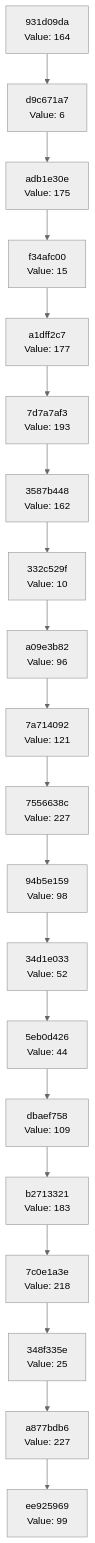
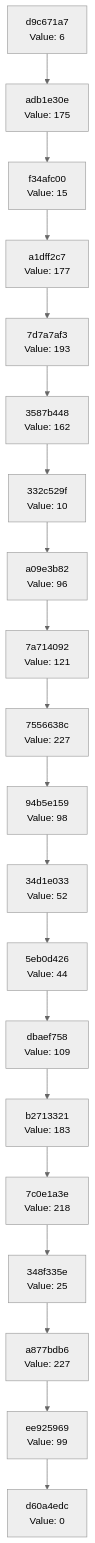
Before and after one commit to Abhisheksinha1506/hash-chain-evolver: the diagram in docs/CHAIN_VISUALIZATION.md, drawn with Mermaid (neutral theme). The commit also changed 3 other files, not shown here.

````diff
--- a/docs/CHAIN_VISUALIZATION.md
+++ b/docs/CHAIN_VISUALIZATION.md
@@ -3,42 +3,42 @@
 ```mermaid
 graph TD
-    C0["ee925969<br/>Value: 99"]
-    C1["a877bdb6<br/>Value: 227"]
+    C0["d60a4edc<br/>Value: 0"]
+    C1["ee925969<br/>Value: 99"]
     C1 --> C0
-    C2["348f335e<br/>Value: 25"]
+    C2["a877bdb6<br/>Value: 227"]
     C2 --> C1
-    C3["7c0e1a3e<br/>Value: 218"]
+    C3["348f335e<br/>Value: 25"]
     C3 --> C2
-    C4["b2713321<br/>Value: 183"]
+    C4["7c0e1a3e<br/>Value: 218"]
     C4 --> C3
-    C5["dbaef758<br/>Value: 109"]
+    C5["b2713321<br/>Value: 183"]
     C5 --> C4
-    C6["5eb0d426<br/>Value: 44"]
+    C6["dbaef758<br/>Value: 109"]
     C6 --> C5
-    C7["34d1e033<br/>Value: 52"]
+    C7["5eb0d426<br/>Value: 44"]
     C7 --> C6
-    C8["94b5e159<br/>Value: 98"]
+    C8["34d1e033<br/>Value: 52"]
     C8 --> C7
-    C9["7556638c<br/>Value: 227"]
+    C9["94b5e159<br/>Value: 98"]
     C9 --> C8
-    C10["7a714092<br/>Value: 121"]
+    C10["7556638c<br/>Value: 227"]
     C10 --> C9
-    C11["a09e3b82<br/>Value: 96"]
+    C11["7a714092<br/>Value: 121"]
     C11 --> C10
-    C12["332c529f<br/>Value: 10"]
+    C12["a09e3b82<br/>Value: 96"]
     C12 --> C11
-    C13["3587b448<br/>Value: 162"]
+    C13["332c529f<br/>Value: 10"]
     C13 --> C12
-    C14["7d7a7af3<br/>Value: 193"]
+    C14["3587b448<br/>Value: 162"]
     C14 --> C13
-    C15["a1dff2c7<br/>Value: 177"]
+    C15["7d7a7af3<br/>Value: 193"]
     C15 --> C14
-    C16["f34afc00<br/>Value: 15"]
+    C16["a1dff2c7<br/>Value: 177"]
     C16 --> C15
-    C17["adb1e30e<br/>Value: 175"]
+    C17["f34afc00<br/>Value: 15"]
     C17 --> C16
-    C18["d9c671a7<br/>Value: 6"]
+    C18["adb1e30e<br/>Value: 175"]
     C18 --> C17
-    C19["931d09da<br/>Value: 164"]
+    C19["d9c671a7<br/>Value: 6"]
     C19 --> C18
 ```
````
